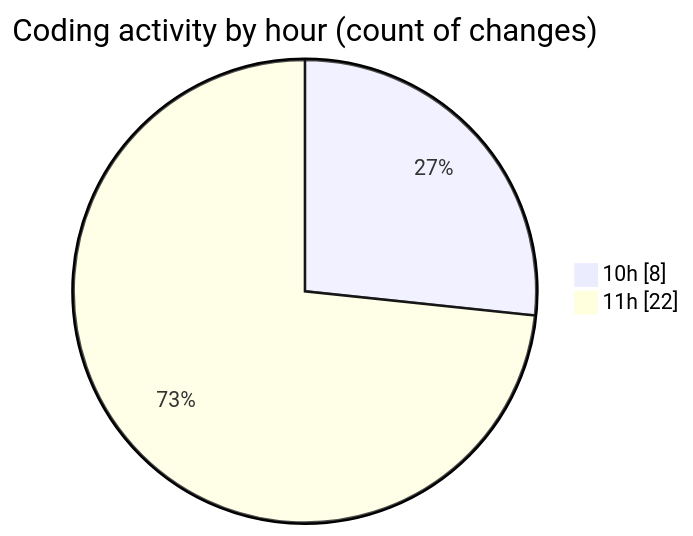
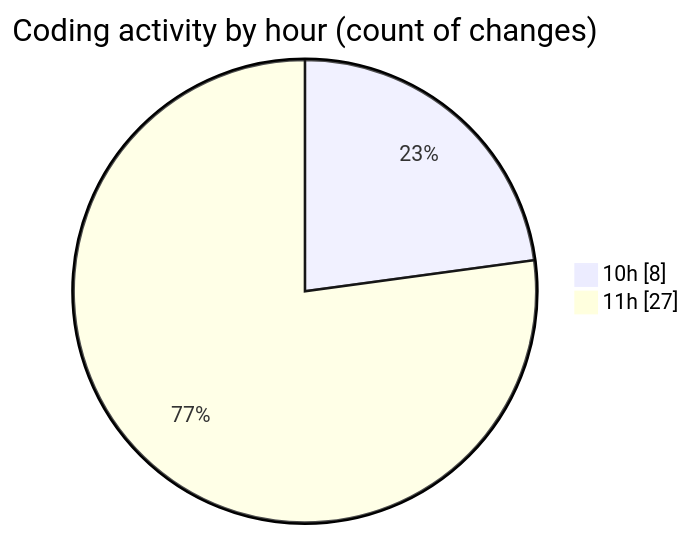
Before and after one commit to nxtqubesakshisongat/code-tracking: the second of 2 diagrams in 2025-09-29/nxtqube_webapp/README.md, drawn with Mermaid. The commit also changed other lines of this file and 1 other file, not shown here.

````diff
--- a/2025-09-29/nxtqube_webapp/README.md
+++ b/2025-09-29/nxtqube_webapp/README.md
@@ -28,6 +28,6 @@
 ```mermaid
 pie showData
 title Coding activity by hour (count of changes)
 "10h" : 8
-"11h" : 22
+"11h" : 27
 ```
````
